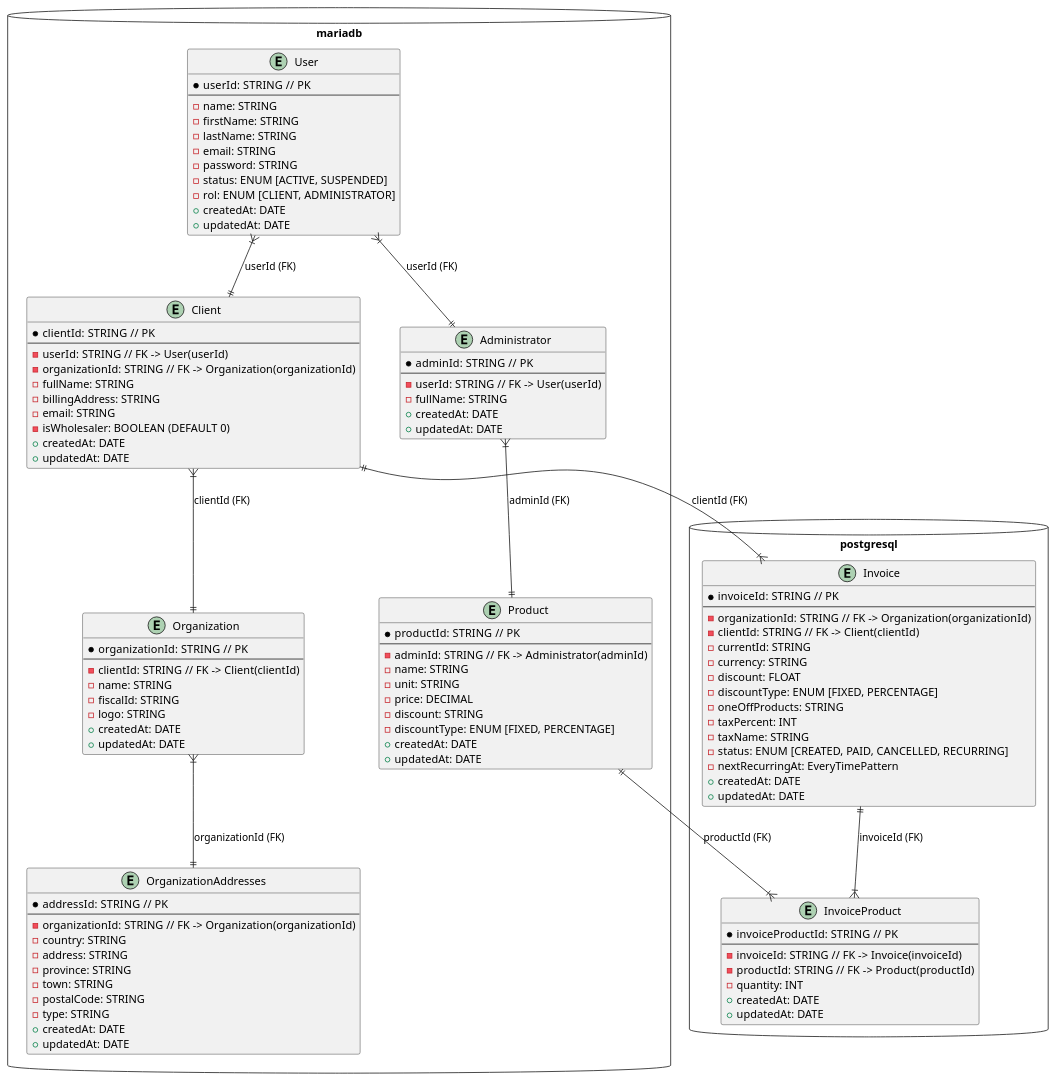
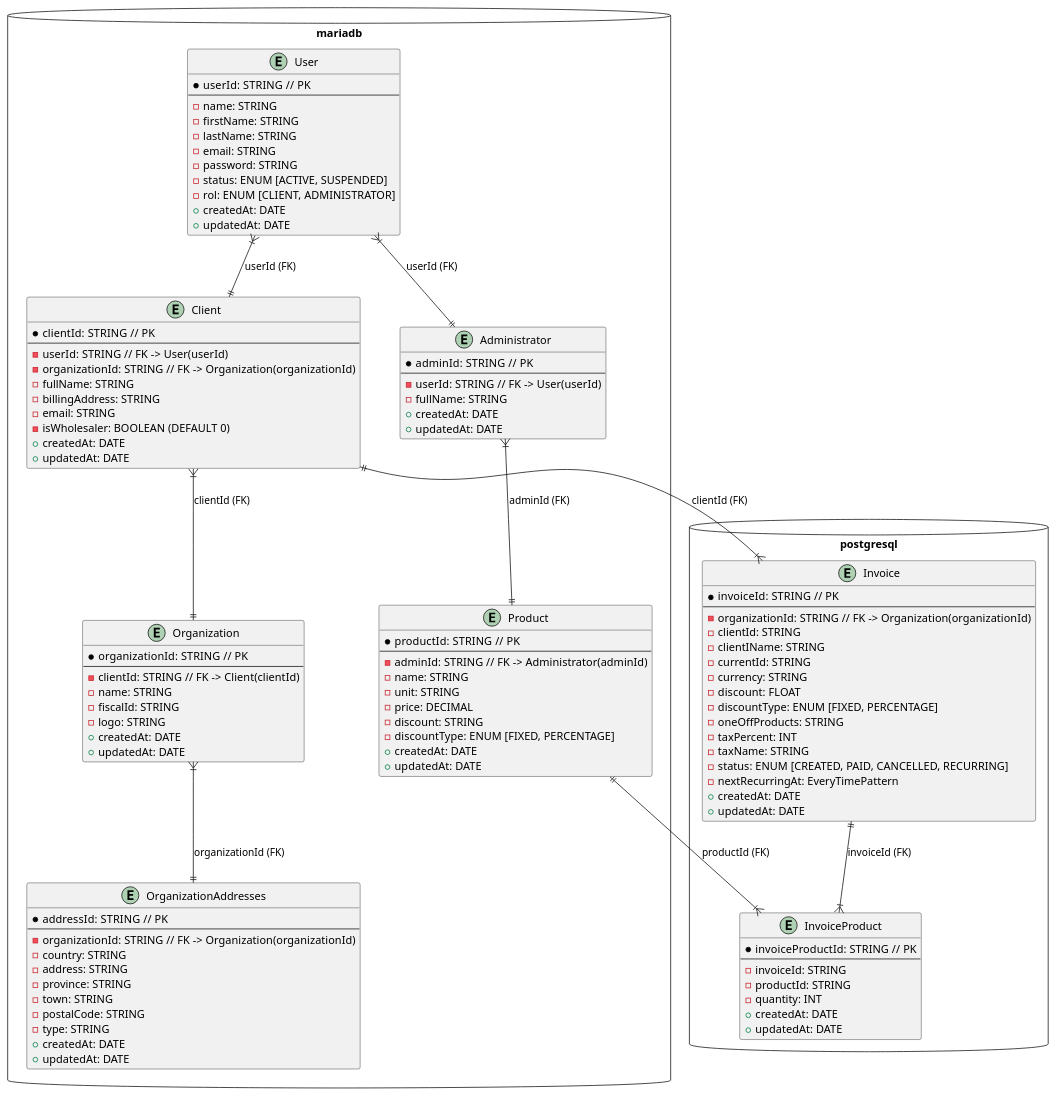
One commit to DanielGonzlez/TFG changed the diagram in docs/entity-diagram.puml. Above: the diagram before and after it, drawn with PlantUML. The commit also changed 3 other files, not shown here.

Commit message:
feat: added atribute clientName in invoice

```diff
--- a/docs/entity-diagram.puml
+++ b/docs/entity-diagram.puml
@@ -1,134 +1,135 @@
 @startuml
 
 ' Dirección vertical (de arriba a abajo)
 top to bottom direction
 
 skinparam entityPadding 20
 skinparam entityFontSize 14
 
 ' Paquete bussiness (Base de datos MariaDB)
 database mariadb {
     together {
         entity Administrator {
         * adminId: STRING  // PK
         --
         - userId: STRING  // FK -> User(userId)
         - fullName: STRING
         + createdAt: DATE
         + updatedAt: DATE
         }
 
         entity Product {
             * productId: STRING  // PK
             --
             - adminId: STRING  // FK -> Administrator(adminId)
             - name: STRING
             - unit: STRING
             - price: DECIMAL
             - discount: STRING
             - discountType: ENUM [FIXED, PERCENTAGE]
             + createdAt: DATE
             + updatedAt: DATE
         }
     }
 
     entity User {
         * userId: STRING  // PK
         --
         - name: STRING
         - firstName: STRING
         - lastName: STRING
         - email: STRING
         - password: STRING
         - status: ENUM [ACTIVE, SUSPENDED]
         - rol: ENUM [CLIENT, ADMINISTRATOR]
         + createdAt: DATE
         + updatedAt: DATE
     }
 
     together {
         entity OrganizationAddresses {
             * addressId: STRING  // PK
             --
             - organizationId: STRING  // FK -> Organization(organizationId)
             - country: STRING
             - address: STRING
             - province: STRING
             - town: STRING
             - postalCode: STRING
             - type: STRING
             + createdAt: DATE
             + updatedAt: DATE
         }
 
         entity Organization {
             * organizationId: STRING  // PK
             --
             - clientId: STRING  // FK -> Client(clientId)
             - name: STRING
             - fiscalId: STRING
             - logo: STRING
             + createdAt: DATE
             + updatedAt: DATE
         }
 
         entity Client {
             * clientId: STRING  // PK
             --
             - userId: STRING  // FK -> User(userId)
             - organizationId: STRING  // FK -> Organization(organizationId)
             - fullName: STRING
             - billingAddress: STRING
             - email: STRING
             - isWholesaler: BOOLEAN (DEFAULT 0)
             + createdAt: DATE
             + updatedAt: DATE
         }
     }
 }
 
 ' Paquete invoices (Base de datos PostgreSQL)
 database postgresql {
     entity InvoiceProduct {
         * invoiceProductId: STRING  // PK
         --
-        - invoiceId: STRING  // FK -> Invoice(invoiceId)
-        - productId: STRING  // FK -> Product(productId)
+        - invoiceId: STRING 
+        - productId: STRING  
         - quantity: INT
         + createdAt: DATE
         + updatedAt: DATE
     }
 
     entity Invoice {
         * invoiceId: STRING  // PK
         --
         - organizationId: STRING  // FK -> Organization(organizationId)
-        - clientId: STRING  // FK -> Client(clientId)
+        - clientId: STRING  
+        - clientIName: STRING  
         - currentId: STRING
         - currency: STRING
         - discount: FLOAT
         - discountType: ENUM [FIXED, PERCENTAGE]
         - oneOffProducts: STRING
         - taxPercent: INT
         - taxName: STRING
         - status: ENUM [CREATED, PAID, CANCELLED, RECURRING]
         - nextRecurringAt: EveryTimePattern
         + createdAt: DATE
         + updatedAt: DATE
     }
 }
 
 ' Relaciones de base de datos entre tablas
 User }|--|| Client : "userId (FK)"
 User }|--|| Administrator : "userId (FK)"
 Administrator }|--|| Product : "adminId (FK)"
 
 Client }|--|| Organization : "clientId (FK)"
 Client ||--|{ Invoice : "clientId (FK)"
 
 Organization }|--|| OrganizationAddresses : "organizationId (FK)"
 
 Invoice ||--|{ InvoiceProduct : "invoiceId (FK)"
 InvoiceProduct }|--|| Product : "productId (FK)"
 
 @enduml
```
